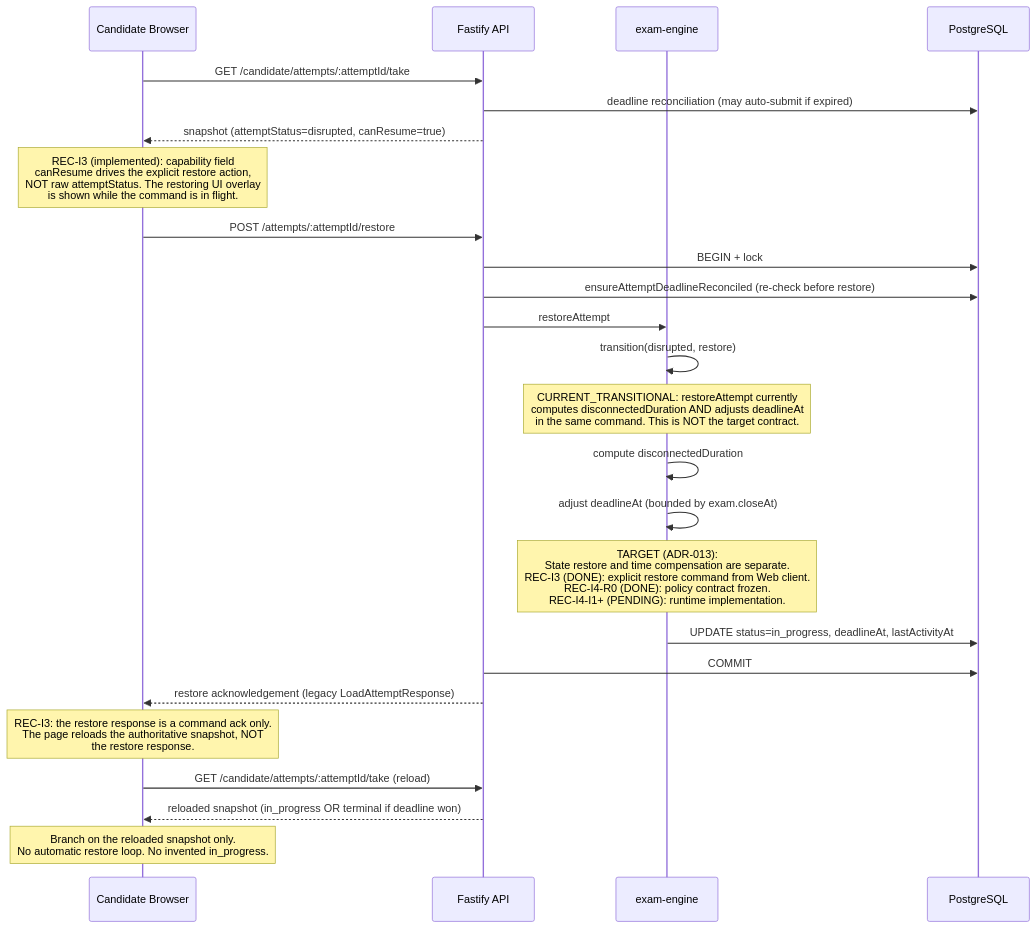
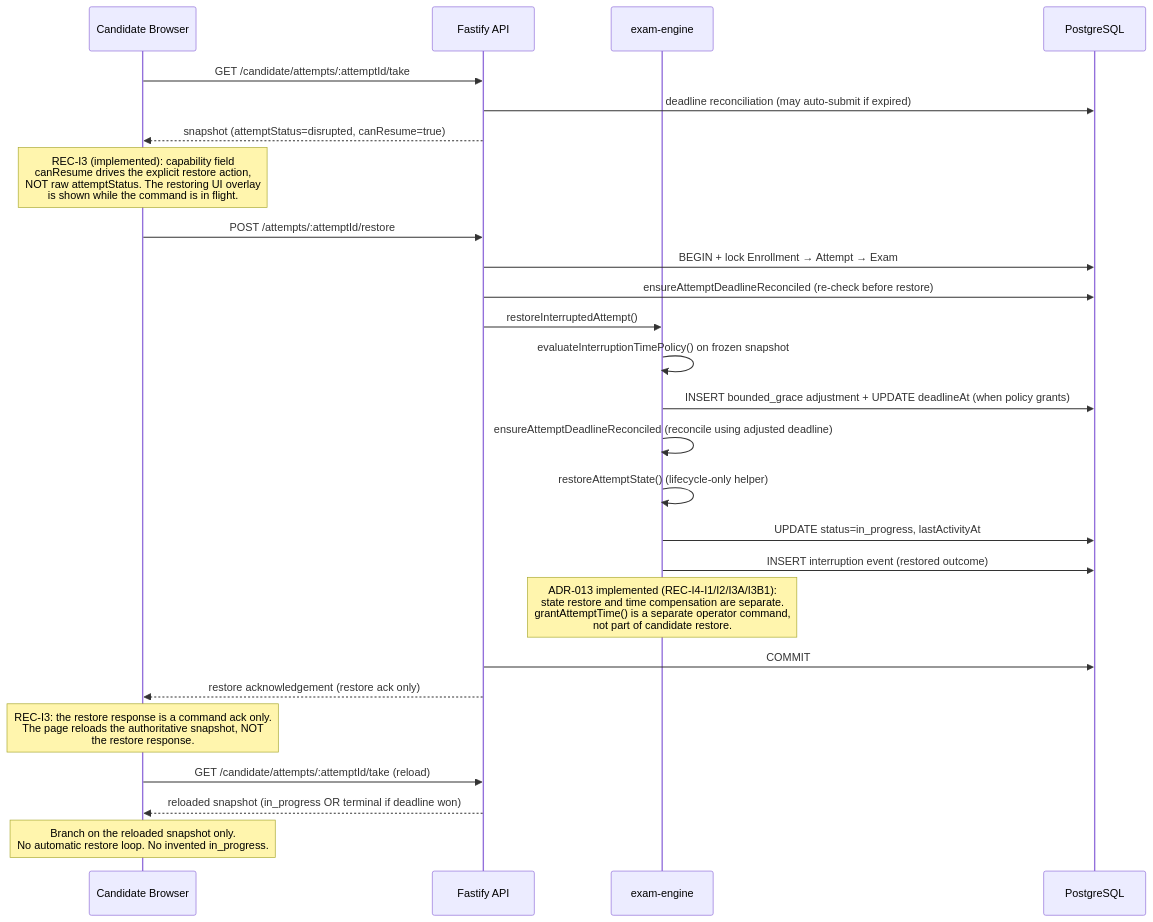
One commit to jnhu76/exam changed the fifth of 9 diagrams in docs/architecture/exam-system/candidate-recovery.md. Above: the diagram before and after it, drawn with Mermaid. The commit also changed other lines of this file and 16 other files, not shown here.

First line of the commit message:
docs: fix review findings — authority drift, ADR-008 scope, command naming

````diff
--- a/docs/architecture/exam-system/candidate-recovery.md
+++ b/docs/architecture/exam-system/candidate-recovery.md
@@ -164,28 +164,29 @@
 ```mermaid
 sequenceDiagram
     participant C as Candidate Browser
     participant API as Fastify API
     participant Engine as exam-engine
     participant DB as PostgreSQL
 
     C->>API: GET /candidate/attempts/:attemptId/take
     API->>DB: deadline reconciliation (may auto-submit if expired)
     API-->>C: snapshot (attemptStatus=disrupted, canResume=true)
     Note over C: REC-I3 (implemented): capability field<br/>canResume drives the explicit restore action,<br/>NOT raw attemptStatus. The restoring UI overlay<br/>is shown while the command is in flight.
     C->>API: POST /attempts/:attemptId/restore
-    API->>DB: BEGIN + lock
+    API->>DB: BEGIN + lock Enrollment → Attempt → Exam
     API->>DB: ensureAttemptDeadlineReconciled (re-check before restore)
-    API->>Engine: restoreAttempt
-    Engine->>Engine: transition(disrupted, restore)
-    Note over Engine: CURRENT_TRANSITIONAL: restoreAttempt currently<br/>computes disconnectedDuration AND adjusts deadlineAt<br/>in the same command. This is NOT the target contract.
-    Engine->>Engine: compute disconnectedDuration
-    Engine->>Engine: adjust deadlineAt (bounded by exam.closeAt)
-    Note over Engine: TARGET (ADR-013):<br/>State restore and time compensation are separate.<br/>REC-I3 (DONE): explicit restore command from Web client.<br/>REC-I4-R0 (DONE): policy contract frozen.<br/>REC-I4-I1+ (PENDING): runtime implementation.
-    Engine->>DB: UPDATE status=in_progress, deadlineAt, lastActivityAt
+    API->>Engine: restoreInterruptedAttempt()
+    Engine->>Engine: evaluateInterruptionTimePolicy() on frozen snapshot
+    Engine->>DB: INSERT bounded_grace adjustment + UPDATE deadlineAt (when policy grants)
+    Engine->>Engine: ensureAttemptDeadlineReconciled (reconcile using adjusted deadline)
+    Engine->>Engine: restoreAttemptState() (lifecycle-only helper)
+    Engine->>DB: UPDATE status=in_progress, lastActivityAt
+    Engine->>DB: INSERT interruption event (restored outcome)
+    Note over Engine: ADR-013 implemented (REC-I4-I1/I2/I3A/I3B1):<br/>state restore and time compensation are separate.<br/>grantAttemptTime() is a separate operator command,<br/>not part of candidate restore.
     API->>DB: COMMIT
-    API-->>C: restore acknowledgement (legacy LoadAttemptResponse)
+    API-->>C: restore acknowledgement (restore ack only)
     Note over C: REC-I3: the restore response is a command ack only.<br/>The page reloads the authoritative snapshot, NOT<br/>the restore response.
     C->>API: GET /candidate/attempts/:attemptId/take (reload)
     API-->>C: reloaded snapshot (in_progress OR terminal if deadline won)
     Note over C: Branch on the reloaded snapshot only.<br/>No automatic restore loop. No invented in_progress.
 ```
````
